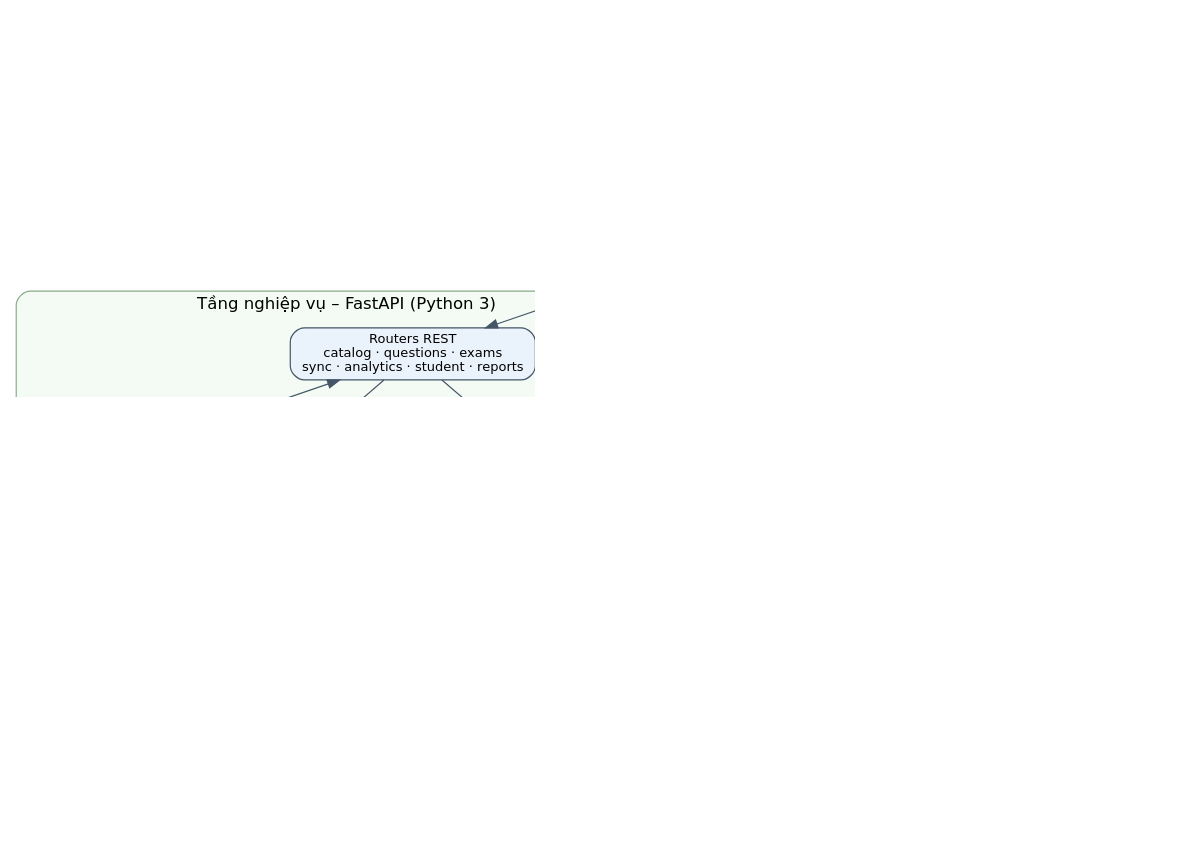
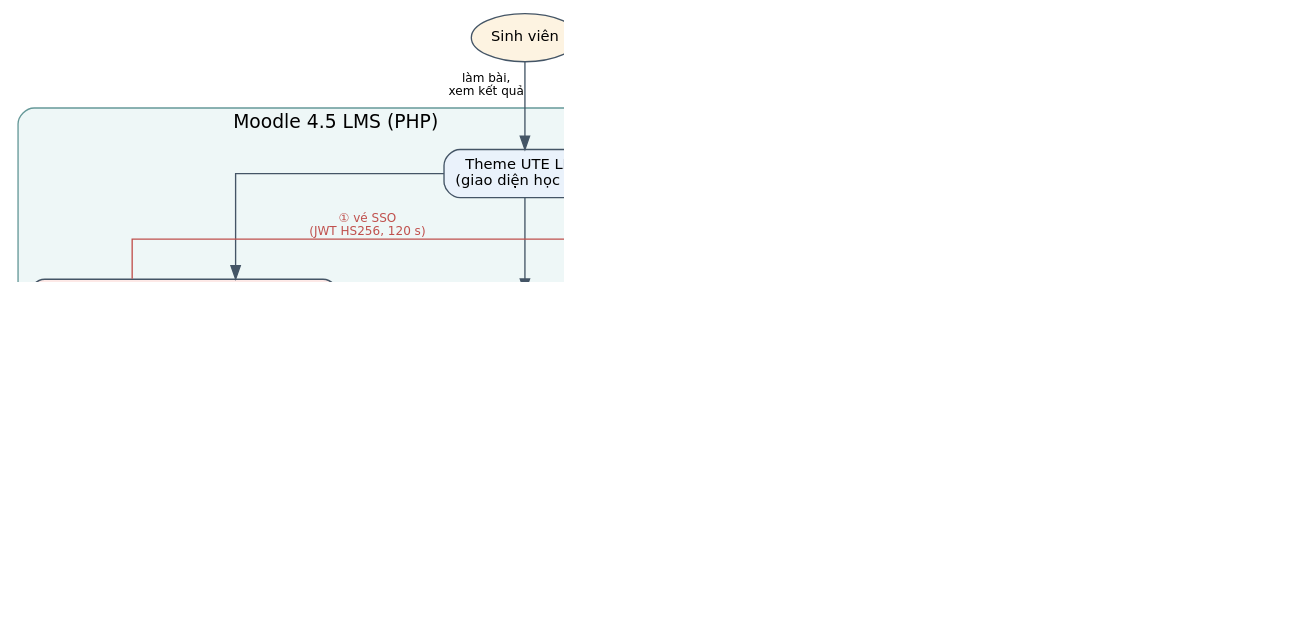
One commit to NguyenTanYen/TLCN changed the diagram in docs/diagrams/arch.dot. Above: the diagram before and after it, drawn with Graphviz. The commit also changed 11698 other files, not shown here.

```diff
--- a/docs/diagrams/arch.dot
+++ b/docs/diagrams/arch.dot
@@ -1,26 +1,32 @@
-digraph A { rankdir=TB; graph [fontname="DejaVu Sans", dpi=160, nodesep=0.35, ranksep=0.6, compound=true];
+digraph A { rankdir=TB; graph [fontname="DejaVu Sans", dpi=170, nodesep=0.7, ranksep=0.85, newrank=true, splines=ortho, forcelabels=true];
 node [shape=box, style="rounded,filled", fontname="DejaVu Sans", fontsize=11, fillcolor="#EAF2FB", color="#445566"];
 edge [fontname="DejaVu Sans", fontsize=9, color="#445566"];
-subgraph cluster_u { label="Người dùng (trình duyệt)"; style="rounded,dashed"; color="#999999";
-  gv [label="Giảng viên", shape=ellipse, fillcolor="#FDF3E1"]; bm [label="Bộ môn /\nQuản trị", shape=ellipse, fillcolor="#FDF3E1"]; sv [label="Sinh viên", shape=ellipse, fillcolor="#FDF3E1"]; }
-subgraph cluster_fe { label="Tầng trình bày"; style="rounded,filled"; fillcolor="#F7FAFF"; color="#8899AA";
-  spa [label="React 19 SPA (Vite)\nReact Router · Chart.js\n12 trang theo vai trò"]; }
-subgraph cluster_be { label="Tầng nghiệp vụ – FastAPI (Python 3)"; style="rounded,filled"; fillcolor="#F4FBF4"; color="#88AA88";
-  auth [label="auth\n(JWT, PBKDF2,\nphân quyền)"];
-  routers [label="Routers REST\ncatalog · questions · exams\nsync · analytics · student · reports"];
-  svc [label="Services\nxml_export · paper (mã đề, .docx)\nmoodle (cầu nối) · reports_excel"];
-  ae [label="Analysis Engine (Pandas)\np, DI · điểm CLO · CLO→PI→PLO\nlộ trình ôn tập", fillcolor="#FFF4D6"];
-  orm [label="SQLAlchemy 2 ORM"]; }
-subgraph cluster_db { label="Tầng dữ liệu – MySQL 8 (một server)"; style="rounded,filled"; fillcolor="#FFFBF2"; color="#AA9966";
-  adb [label="assessment_db\n39 bảng · 4 view", shape=cylinder, fillcolor="#FFF7D6"];
-  bridge [label="Cầu nối\nv_mdl_* · sp_sync_exam", shape=component, fillcolor="#FDE9E7"];
-  mdb [label="CSDL Moodle 4.x\n(mdl_*)", shape=cylinder, fillcolor="#E6F4F4"]; }
-moodle [label="Moodle LMS\n(PHP)", fillcolor="#E6F4F4"];
-files [label="Tệp trao đổi\nMoodle XML · đề .docx\nphiếu CSV/XLSX · BM6/BM2/BM3 .xlsx", shape=note, fillcolor="#FFFFFF"];
-gv -> spa; bm -> spa; sv -> spa;
-spa -> routers [label="HTTPS/JSON\nBearer JWT"];
-routers -> auth [dir=both]; routers -> svc; routers -> ae; svc -> orm; ae -> orm; orm -> adb;
-svc -> bridge [label="CALL sp_sync_exam"]; bridge -> adb [label="ghi kết quả"]; bridge -> mdb [label="SELECT\n(chỉ đọc)", style=dashed];
-moodle -> mdb; gv -> moodle [style=dashed, label="làm Quiz / nhập XML"]; sv -> moodle [style=dashed];
-svc -> files [style=dotted]; files -> moodle [style=dotted, label="nhập XML"];
+sv [label="Sinh viên", shape=ellipse, fillcolor="#FDF3E1"]; gv [label="Giảng viên", shape=ellipse, fillcolor="#FDF3E1"]; bm [label="Bộ môn /\nQuản trị", shape=ellipse, fillcolor="#FDF3E1"];
+subgraph cluster_lms { label="Moodle 4.5 LMS (PHP)"; style="rounded,filled"; fillcolor="#EEF7F7"; color="#669999";
+  theme [label="Theme UTE LMS\n(giao diện học tập)"];
+  quiz [label="Quiz · Question bank\nxáo trộn phương án, tự chấm"];
+  plugin [label="Plugin local_clo\nnút \"Phân tích CĐR\" (SSO)\nWeb Service create_quiz / push_results\ntrang \"Kết quả phân tích CĐR\"", fillcolor="#FDE9E7"]; }
+subgraph cluster_sys { label="Hệ thống phân tích CĐR (FastAPI + React) – dành cho GV / Bộ môn"; style="rounded,filled"; fillcolor="#F4FBF4"; color="#88AA88";
+  spa [label="React 19 SPA\nVite · Chart.js"];
+  routers [label="Routers REST\nauth · catalog · courses · questions · question_io\nexams · sync · lms · analytics · insights · reports"];
+  svc [label="Services\nxml_export · paper · reports_excel\nmoodle (cầu nối) · lms (Web Service)"];
+  ae [label="Analysis Engine (Pandas)\np, DI · CLO → PI → PLO · lộ trình", fillcolor="#FFF4D6"]; }
+subgraph cluster_db { label="MySQL / MariaDB (cùng một máy chủ)"; style="rounded,filled"; fillcolor="#FFFBF2"; color="#AA9966";
+  mdb [label="moodle_db\nmdl_* · mdl_local_clo_*", shape=cylinder, fillcolor="#E6F4F4"];
+  bridge [label="Cầu nối (chỉ đọc)\nv_mdl_* · sp_sync_exam", shape=component, fillcolor="#FDE9E7"];
+  adb [label="assessment_db\n39 bảng · 4 view", shape=cylinder, fillcolor="#FFF7D6"]; }
+{rank=same; sv; gv; bm;}
+{rank=same; theme; spa;}
+{rank=same; quiz; plugin; routers;}
+{rank=same; svc; ae;}
+{rank=same; mdb; bridge; adb;}
+sv -> theme [xlabel="làm bài,\nxem kết quả"]; gv -> theme; gv -> spa [style=dashed, xlabel="đăng nhập\ntrực tiếp"]; bm -> spa;
+theme -> quiz; theme -> plugin;
+plugin -> routers [xlabel="① vé SSO\n(JWT HS256, 120 s)", color="#C0504D", fontcolor="#C0504D"];
+spa -> routers [xlabel="HTTPS/JSON · JWT"];
+routers -> svc; routers -> ae;
+svc -> plugin [xlabel="② Web Service REST\ntạo Quiz · gửi kết quả", color="#C0504D", fontcolor="#C0504D", constraint=false];
+svc -> bridge [xlabel="③ CALL\nsp_sync_exam"]; ae -> adb;
+bridge -> mdb [xlabel="SELECT", style=dashed, minlen=2]; bridge -> adb [xlabel="ghi", minlen=2];
+quiz -> mdb; plugin -> mdb;
 }
```
